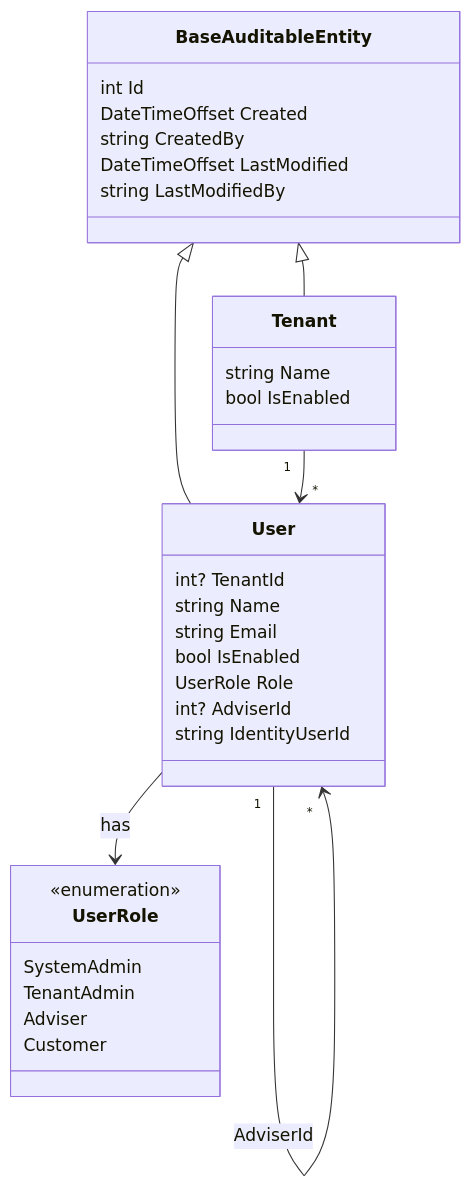
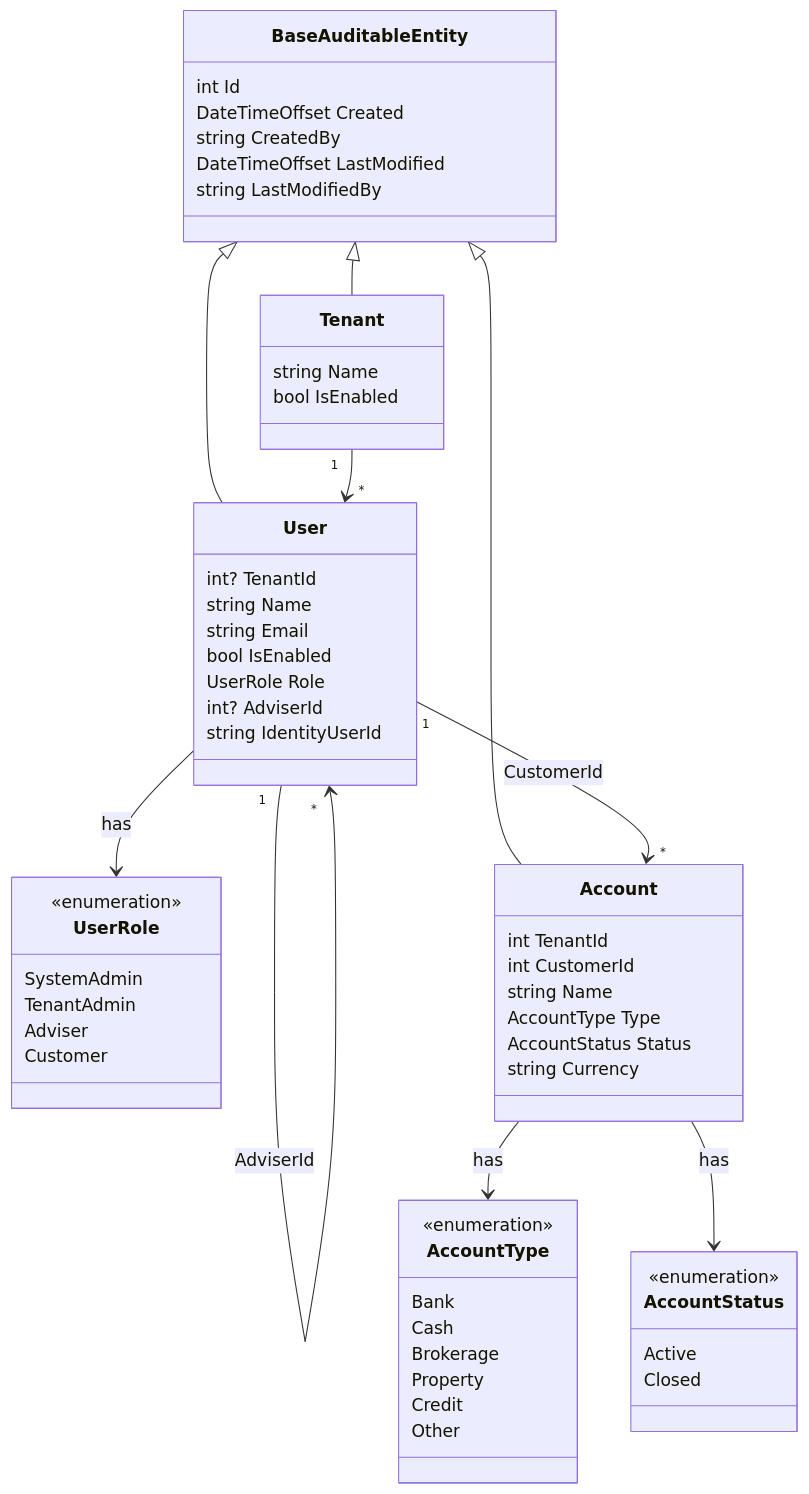
Before and after one commit to louis297/MyWealth: the first of 2 diagrams in docs/domain-model.md, drawn with Mermaid. The commit also changed other lines of this file and 5 other files, not shown here.

````diff
--- a/docs/domain-model.md
+++ b/docs/domain-model.md
@@ -65,35 +65,61 @@
 ```mermaid
 classDiagram
   class BaseAuditableEntity {
     int Id
     DateTimeOffset Created
     string CreatedBy
     DateTimeOffset LastModified
     string LastModifiedBy
   }
   class Tenant {
     string Name
     bool IsEnabled
   }
   class User {
     int? TenantId
     string Name
     string Email
     bool IsEnabled
     UserRole Role
     int? AdviserId
     string IdentityUserId
   }
   class UserRole {
     <<enumeration>>
     SystemAdmin
     TenantAdmin
     Adviser
     Customer
   }
+  class Account {
+    int TenantId
+    int CustomerId
+    string Name
+    AccountType Type
+    AccountStatus Status
+    string Currency
+  }
+  class AccountType {
+    <<enumeration>>
+    Bank
+    Cash
+    Brokerage
+    Property
+    Credit
+    Other
+  }
+  class AccountStatus {
+    <<enumeration>>
+    Active
+    Closed
+  }
   BaseAuditableEntity <|-- Tenant
   BaseAuditableEntity <|-- User
+  BaseAuditableEntity <|-- Account
   User --> UserRole : has
+  Account --> AccountType : has
+  Account --> AccountStatus : has
   Tenant "1" --> "*" User
   User "1" --> "*" User : AdviserId
+  User "1" --> "*" Account : CustomerId
 ```
````
